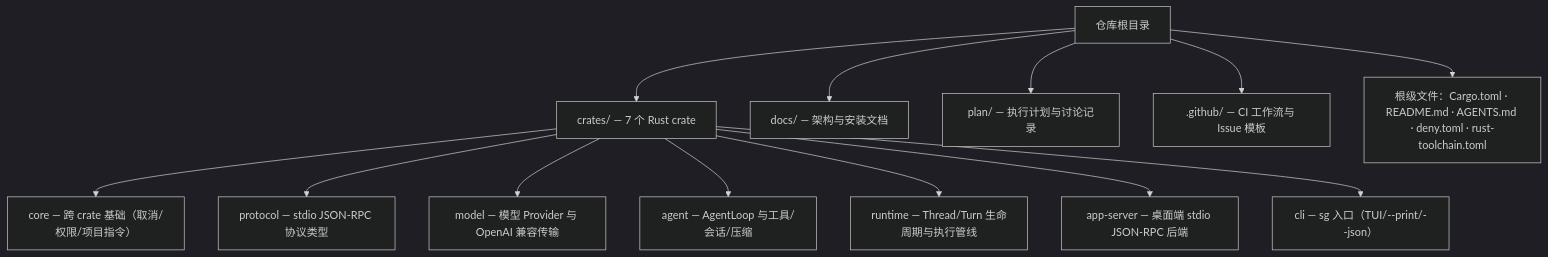
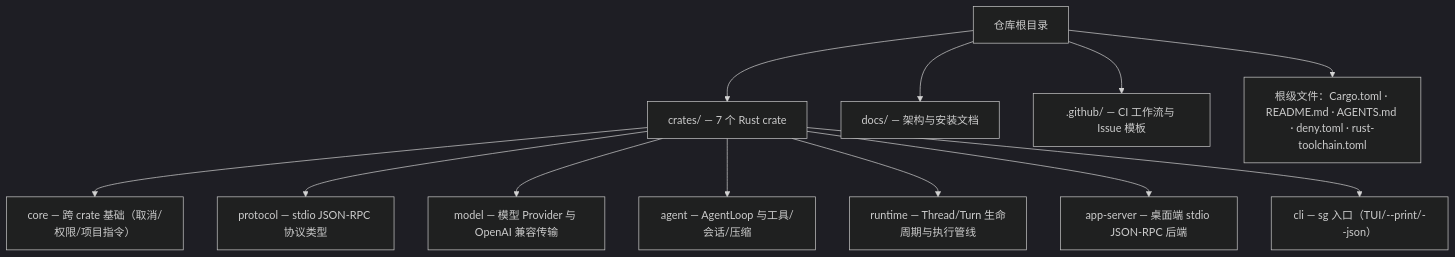
Before and after one commit to qjcnmd/singularity-agent: the first of 10 diagrams in docs/repository-map.md, drawn with Mermaid (dark theme). The commit also changed other lines of this file and 2 other files, not shown here.

````diff
--- a/docs/repository-map.md
+++ b/docs/repository-map.md
@@ -9,18 +9,17 @@
 ```mermaid
 flowchart TD
     ROOT["仓库根目录"]
 
     ROOT --> CRATES["crates/ — 7 个 Rust crate"]
     ROOT --> DOCS["docs/ — 架构与安装文档"]
-    ROOT --> PLAN["plan/ — 执行计划与讨论记录"]
     ROOT --> GITHUB[".github/ — CI 工作流与 Issue 模板"]
     ROOT --> ROOTFILES["根级文件：Cargo.toml · README.md · AGENTS.md · deny.toml · rust-toolchain.toml"]
 
     CRATES --> C1["core — 跨 crate 基础（取消/权限/项目指令）"]
     CRATES --> C2["protocol — stdio JSON-RPC 协议类型"]
     CRATES --> C3["model — 模型 Provider 与 OpenAI 兼容传输"]
     CRATES --> C4["agent — AgentLoop 与工具/会话/压缩"]
     CRATES --> C5["runtime — Thread/Turn 生命周期与执行管线"]
     CRATES --> C6["app-server — 桌面端 stdio JSON-RPC 后端"]
     CRATES --> C7["cli — sg 入口（TUI/--print/--json）"]
 ```
````
